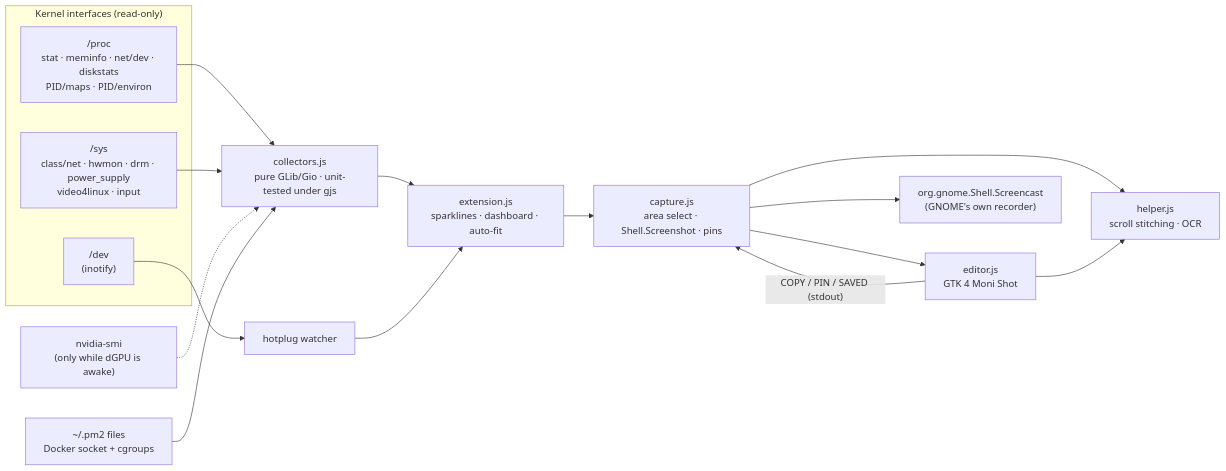
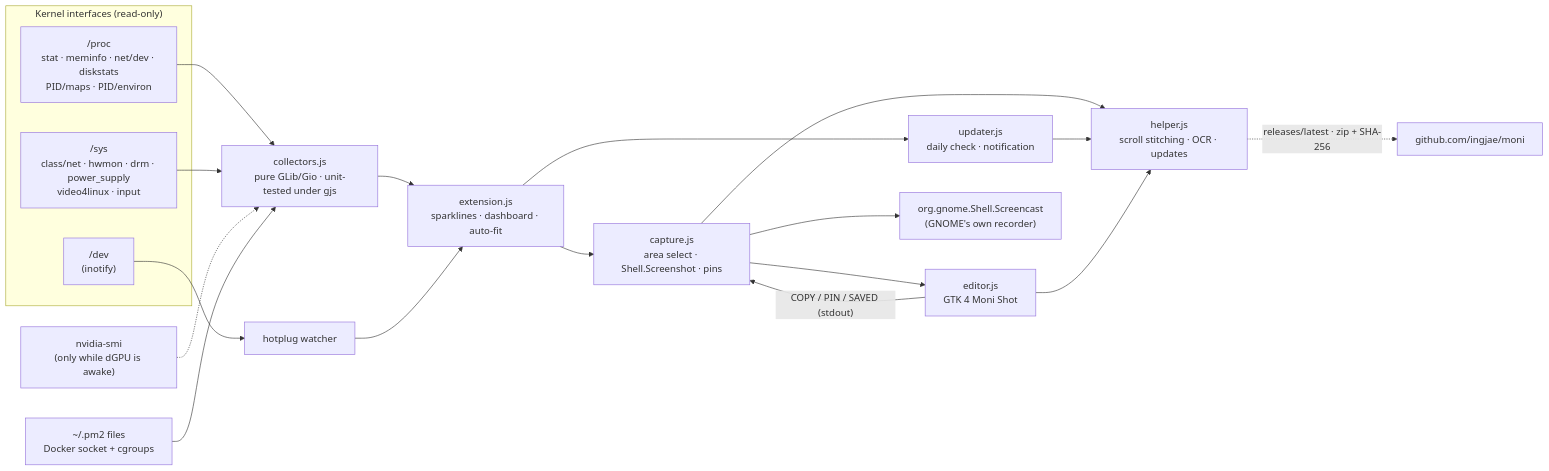
One commit to ingjae/moni changed the diagram in README.md. Above: the diagram before and after it, drawn with Mermaid. The commit also changed other lines of this file and 9 other files, not shown here.

````diff
--- a/README.md
+++ b/README.md
@@ -258,20 +263,22 @@
 ```mermaid
 flowchart LR
     subgraph kernel["Kernel interfaces (read-only)"]
         P["/proc<br/>stat · meminfo · net/dev · diskstats<br/>PID/maps · PID/environ"]
         S["/sys<br/>class/net · hwmon · drm · power_supply<br/>video4linux · input"]
         D["/dev<br/>(inotify)"]
     end
     P & S --> C["collectors.js<br/>pure GLib/Gio · unit-tested under gjs"]
     D --> X["hotplug watcher"]
     C --> UI["extension.js<br/>sparklines · dashboard · auto-fit"]
     X --> UI
     N["nvidia-smi<br/>(only while dGPU is awake)"] -.-> C
     Q["~/.pm2 files<br/>Docker socket + cgroups"] --> C
     UI --> K["capture.js<br/>area select · Shell.Screenshot · pins"]
     K --> E["editor.js<br/>GTK 4 Moni Shot"]
-    K --> H["helper.js<br/>scroll stitching · OCR"]
+    K --> H["helper.js<br/>scroll stitching · OCR · updates"]
+    UI --> U["updater.js<br/>daily check · notification"] --> H
+    H -. "releases/latest · zip + SHA-256" .-> G["github.com/ingjae/moni"]
     E --> H
     E -- "COPY / PIN / SAVED (stdout)" --> K
     K --> R["org.gnome.Shell.Screencast<br/>(GNOME's own recorder)"]
 ```
````
